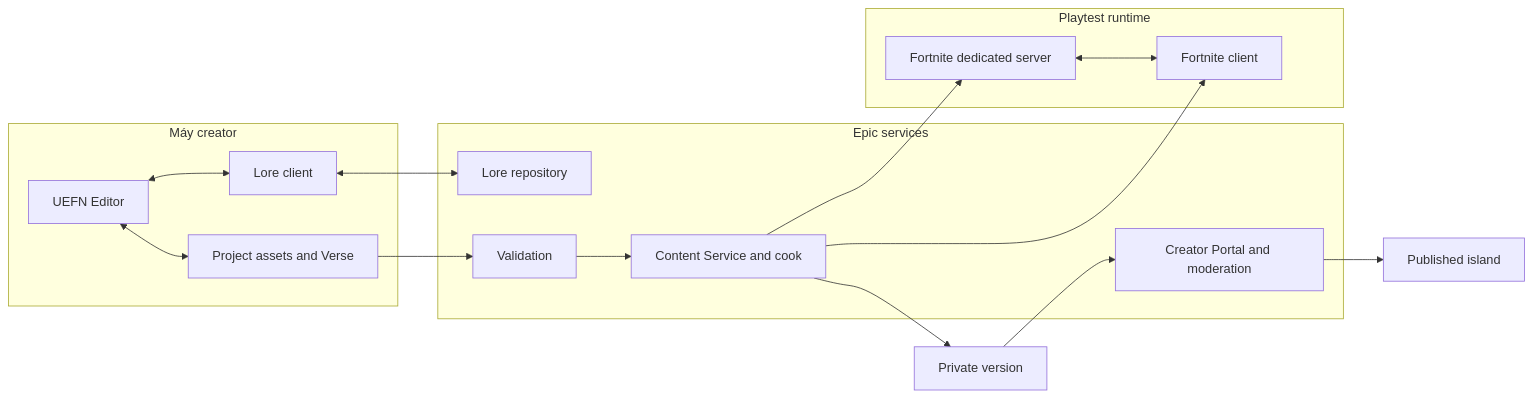
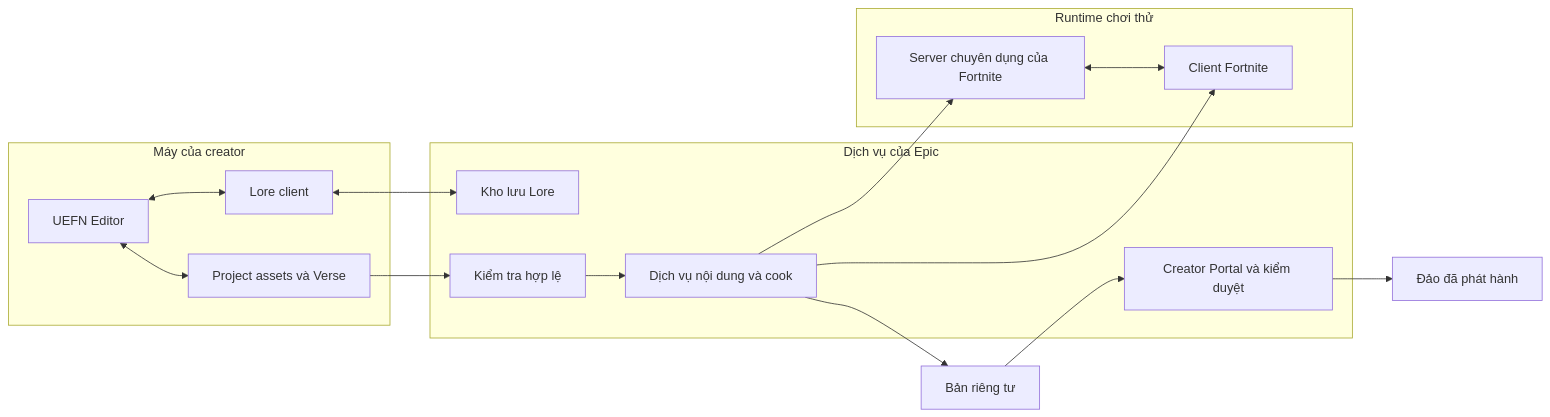
The second of 8 diagrams in V5/09-uefn-architecture-and-paldarkv5.md (SlimeVRX/Paldark-Docs), drawn with Mermaid before and after one commit. The commit also changed other lines of this file, not shown here.

Commit message:
docs: simplify UEFN architecture chapter

````diff
--- a/V5/09-uefn-architecture-and-paldarkv5.md
+++ b/V5/09-uefn-architecture-and-paldarkv5.md
@@ -211,30 +194,30 @@
-~~~mermaid
+```mermaid
 flowchart LR
-    subgraph PC[Máy creator]
+    subgraph PC[Máy của creator]
         Editor[UEFN Editor]
-        Project[Project assets and Verse]
+        Project[Project assets và Verse]
         LoreClient[Lore client]
         Editor <--> Project
         Editor <--> LoreClient
     end
 
-    subgraph Epic[Epic services]
-        LoreRepo[Lore repository]
-        Validate[Validation]
-        Content[Content Service and cook]
-        Publish[Creator Portal and moderation]
+    subgraph Epic[Dịch vụ của Epic]
+        LoreRepo[Kho lưu Lore]
+        Validate[Kiểm tra hợp lệ]
+        Content[Dịch vụ nội dung và cook]
+        Publish[Creator Portal và kiểm duyệt]
         LoreClient <--> LoreRepo
         Project --> Validate --> Content
     end
 
-    subgraph Runtime[Playtest runtime]
-        Server[Fortnite dedicated server]
-        Client[Fortnite client]
+    subgraph Runtime[Runtime chơi thử]
+        Server[Server chuyên dụng của Fortnite]
+        Client[Client Fortnite]
         Content --> Server
         Content --> Client
         Server <--> Client
     end
 
-    Content --> Private[Private version]
-    Private --> Publish --> Release[Published island]
-~~~
+    Content --> Private[Bản riêng tư]
+    Private --> Publish --> Release[Đảo đã phát hành]
+```
````
